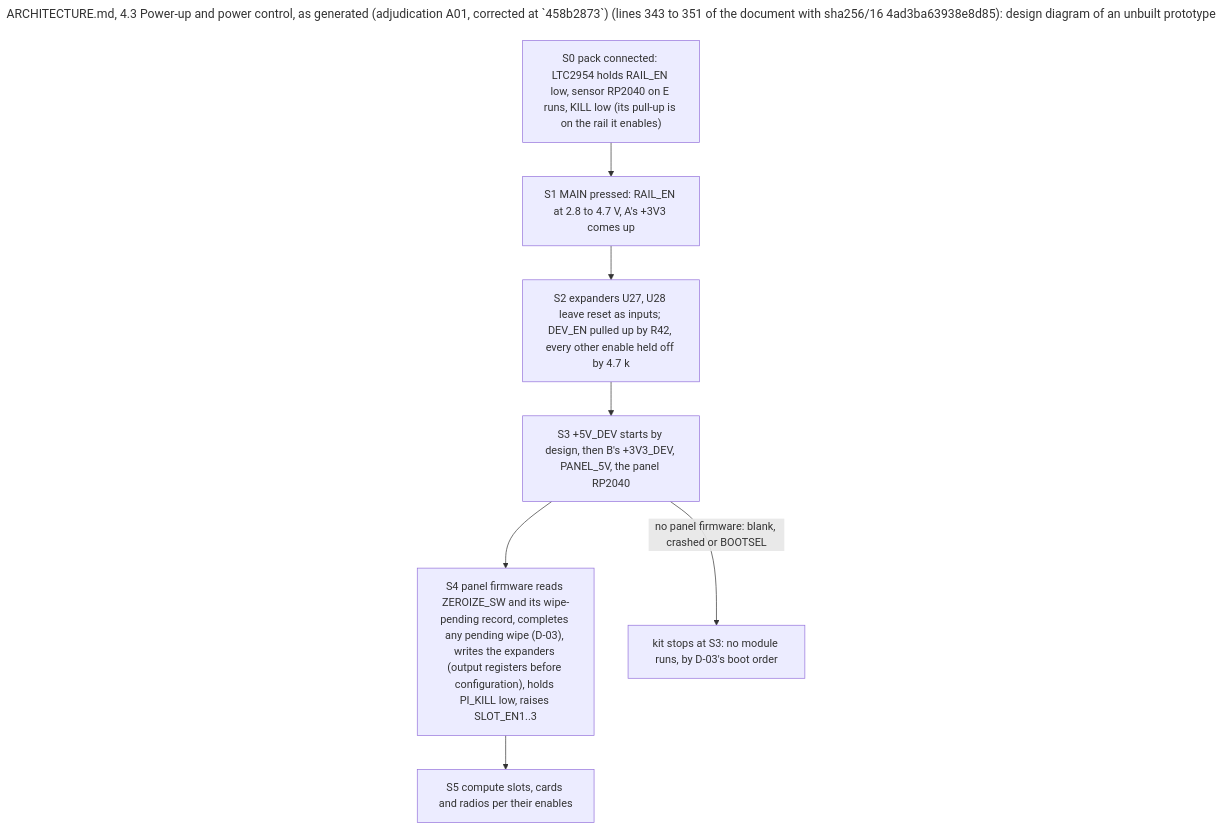
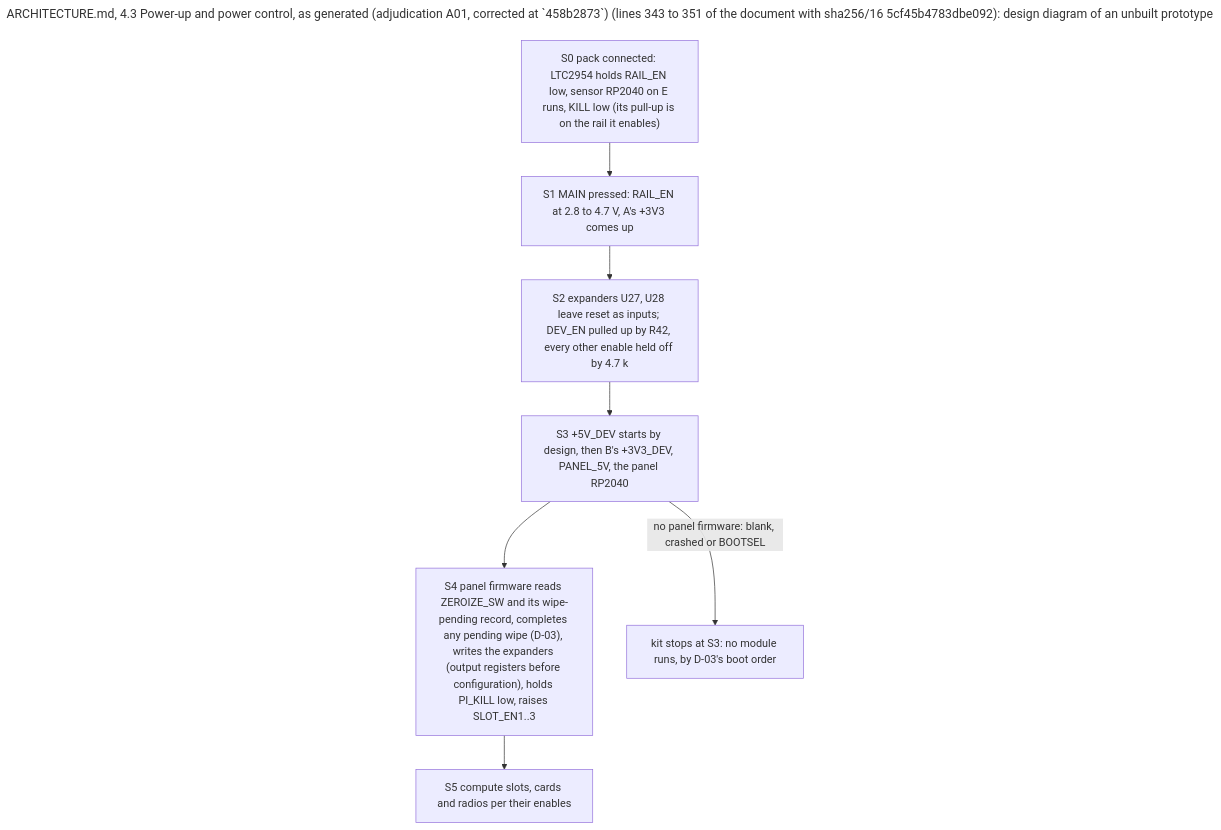
Before and after one commit to meshsat/meshsat-fieldkit: the diagram in v2/docs/diagrams/src/arch-4-3-power-up.mmd, drawn with Mermaid. The commit also changed 54 other files, not shown here.

```diff
--- a/v2/docs/diagrams/src/arch-4-3-power-up.mmd
+++ b/v2/docs/diagrams/src/arch-4-3-power-up.mmd
@@ -1,12 +1,12 @@
 ---
-title: "ARCHITECTURE.md, 4.3 Power-up and power control, as generated (adjudication A01, corrected at `458b2873`) (lines 343 to 351 of the document with sha256/16 4ad3ba63938e8d85): design diagram of an unbuilt prototype"
+title: "ARCHITECTURE.md, 4.3 Power-up and power control, as generated (adjudication A01, corrected at `458b2873`) (lines 343 to 351 of the document with sha256/16 5cf45b4783dbe092): design diagram of an unbuilt prototype"
 ---
 flowchart TB
   S0["S0 pack connected: LTC2954 holds RAIL_EN low, sensor RP2040 on E runs, KILL low (its pull-up is on the rail it enables)"]
   S1["S1 MAIN pressed: RAIL_EN at 2.8 to 4.7 V, A's +3V3 comes up"]
   S2["S2 expanders U27, U28 leave reset as inputs; DEV_EN pulled up by R42, every other enable held off by 4.7 k"]
   S3["S3 +5V_DEV starts by design, then B's +3V3_DEV, PANEL_5V, the panel RP2040"]
   S4["S4 panel firmware reads ZEROIZE_SW and its wipe-pending record, completes any pending wipe (D-03), writes the expanders (output registers before configuration), holds PI_KILL low, raises SLOT_EN1..3"]
   S5["S5 compute slots, cards and radios per their enables"]
   S0 --> S1 --> S2 --> S3 --> S4 --> S5
   S3 -->|"no panel firmware: blank, crashed or BOOTSEL"| STOP["kit stops at S3: no module runs, by D-03's boot order"]
```
